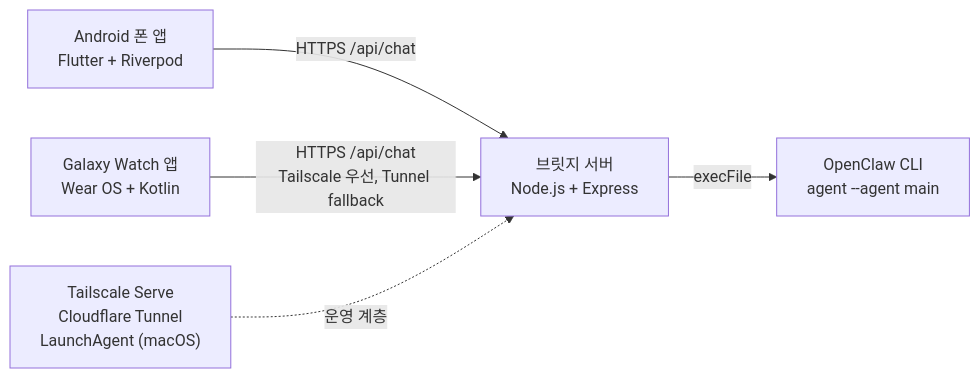
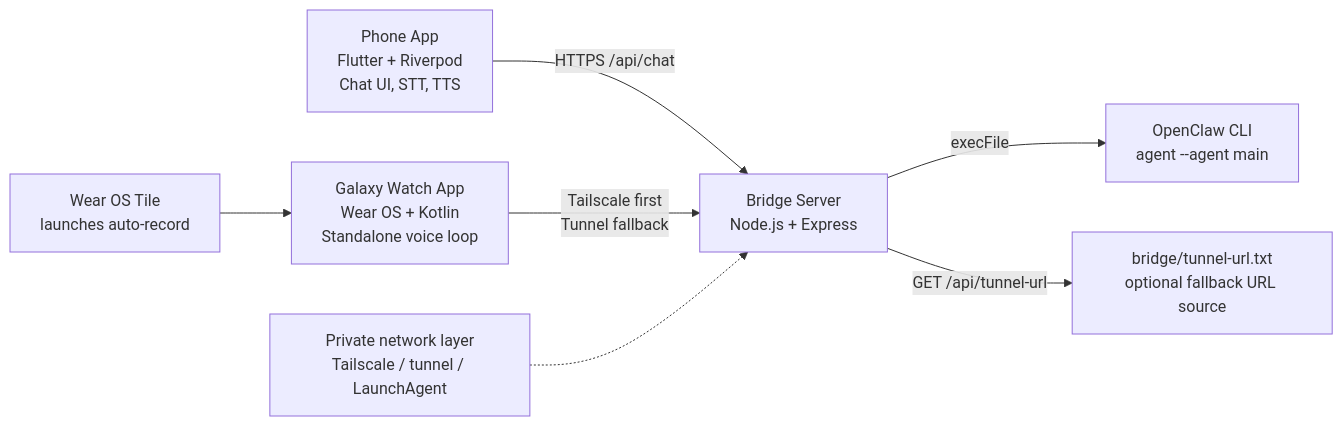
The diagram in README.md (lumatic2/openclaw-voice), drawn with Mermaid before and after one commit. The commit also changed other lines of this file, not shown here.

````diff
--- a/README.md
+++ b/README.md
@@ -31,7 +27,9 @@
 ```mermaid
 flowchart LR
-  Phone["Android 폰 앱<br/>Flutter + Riverpod"] -->|HTTPS /api/chat| Bridge["브릿지 서버<br/>Node.js + Express"]
-  Watch["Galaxy Watch 앱<br/>Wear OS + Kotlin"] -->|HTTPS /api/chat<br/>Tailscale 우선, Tunnel fallback| Bridge
+  Phone["Phone App<br/>Flutter + Riverpod<br/>Chat UI, STT, TTS"] -->|HTTPS /api/chat| Bridge["Bridge Server<br/>Node.js + Express"]
+  Watch["Galaxy Watch App<br/>Wear OS + Kotlin<br/>Standalone voice loop"] -->|Tailscale first<br/>Tunnel fallback| Bridge
+  Tile["Wear OS Tile<br/>launches auto-record"] --> Watch
   Bridge -->|execFile| OpenClaw["OpenClaw CLI<br/>agent --agent main"]
-  Ops["Tailscale Serve<br/>Cloudflare Tunnel<br/>LaunchAgent (macOS)"] -. 운영 계층 .-> Bridge
+  Bridge -->|GET /api/tunnel-url| Tunnel["bridge/tunnel-url.txt<br/>optional fallback URL source"]
+  Ops["Private network layer<br/>Tailscale / tunnel / LaunchAgent"] -.-> Bridge
 ```
````
